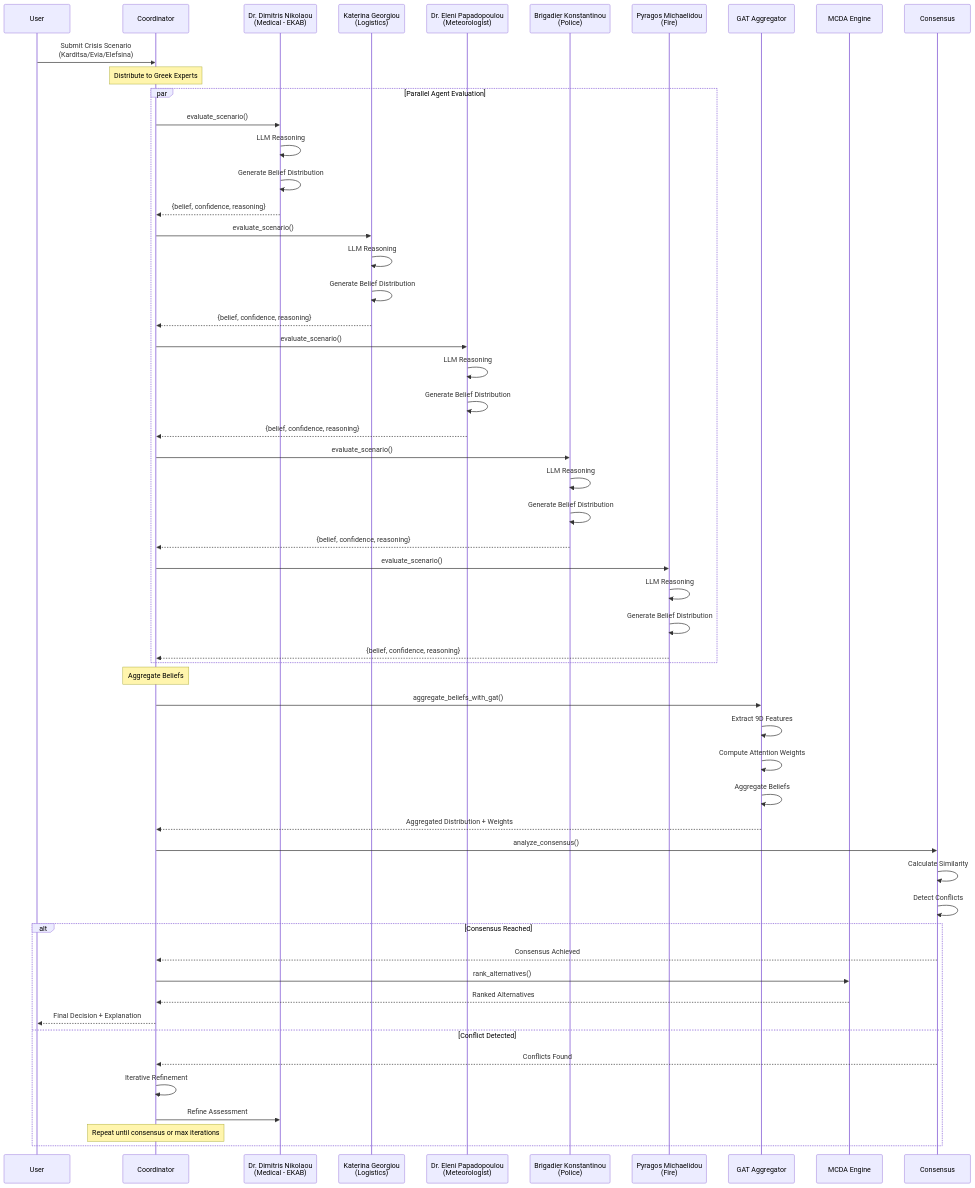
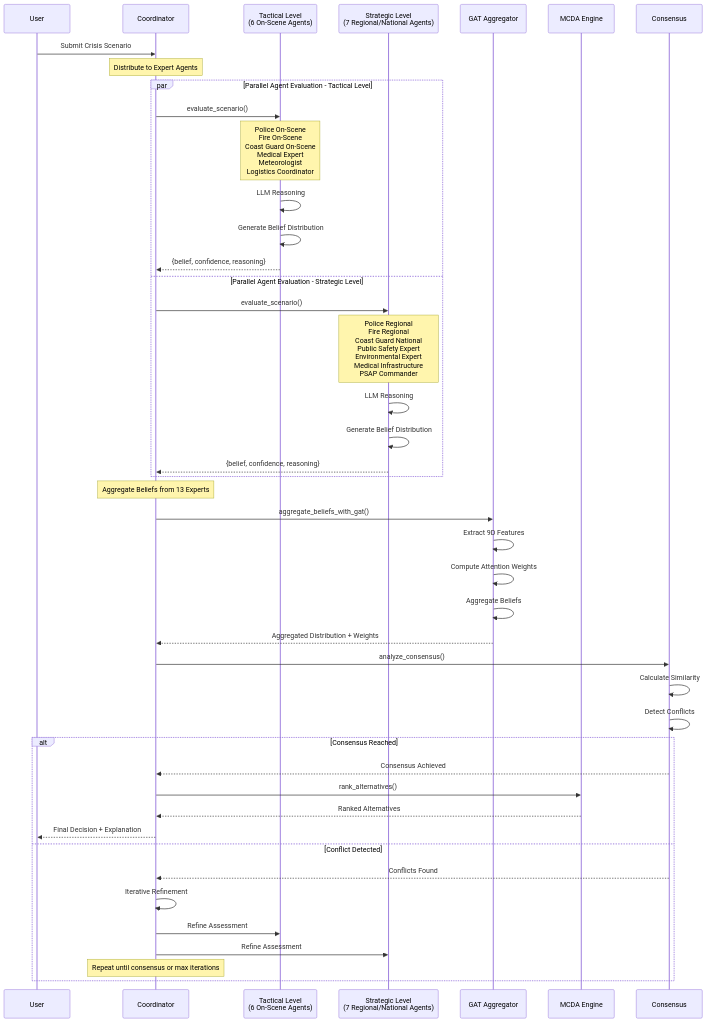
The second of 12 diagrams in ARCHITECTURE_DIAGRAMS.md (kerbgr/crisis_mas_poc), drawn with Mermaid before and after one commit. The commit also changed other lines of this file and 1 other file, not shown here.

Commit message:
mermaid colouring fix

````diff
--- a/ARCHITECTURE_DIAGRAMS.md
+++ b/ARCHITECTURE_DIAGRAMS.md
@@ -95,68 +113,53 @@
 ```mermaid
 sequenceDiagram
     participant User
     participant Coordinator
-    participant Medical as Dr. Dimitris Nikolaou<br/>(Medical - EKAB)
-    participant Logistics as Katerina Georgiou<br/>(Logistics)
-    participant Meteo as Dr. Eleni Papadopoulou<br/>(Meteorologist)
-    participant Police as Brigadier Konstantinou<br/>(Police)
-    participant Fire as Pyragos Michaelidou<br/>(Fire)
+    participant Tactical as Tactical Level<br/>(6 On-Scene Agents)
+    participant Strategic as Strategic Level<br/>(7 Regional/National Agents)
     participant GAT as GAT Aggregator
     participant MCDA as MCDA Engine
     participant Consensus
 
-    User->>Coordinator: Submit Crisis Scenario<br/>(Karditsa/Evia/Elefsina)
+    User->>Coordinator: Submit Crisis Scenario
 
-    Note over Coordinator: Distribute to Greek Experts
+    Note over Coordinator: Distribute to Expert Agents
 
-    par Parallel Agent Evaluation
-        Coordinator->>Medical: evaluate_scenario()
-        Medical->>Medical: LLM Reasoning
-        Medical->>Medical: Generate Belief Distribution
-        Medical-->>Coordinator: {belief, confidence, reasoning}
-
-        Coordinator->>Logistics: evaluate_scenario()
-        Logistics->>Logistics: LLM Reasoning
-        Logistics->>Logistics: Generate Belief Distribution
-        Logistics-->>Coordinator: {belief, confidence, reasoning}
-
-        Coordinator->>Meteo: evaluate_scenario()
-        Meteo->>Meteo: LLM Reasoning
-        Meteo->>Meteo: Generate Belief Distribution
-        Meteo-->>Coordinator: {belief, confidence, reasoning}
-
-        Coordinator->>Police: evaluate_scenario()
-        Police->>Police: LLM Reasoning
-        Police->>Police: Generate Belief Distribution
-        Police-->>Coordinator: {belief, confidence, reasoning}
-
-        Coordinator->>Fire: evaluate_scenario()
-        Fire->>Fire: LLM Reasoning
-        Fire->>Fire: Generate Belief Distribution
-        Fire-->>Coordinator: {belief, confidence, reasoning}
+    par Parallel Agent Evaluation - Tactical Level
+        Coordinator->>Tactical: evaluate_scenario()
+        Note over Tactical: Police On-Scene<br/>Fire On-Scene<br/>Coast Guard On-Scene<br/>Medical Expert<br/>Meteorologist<br/>Logistics Coordinator
+        Tactical->>Tactical: LLM Reasoning
+        Tactical->>Tactical: Generate Belief Distribution
+        Tactical-->>Coordinator: {belief, confidence, reasoning}
+    and Parallel Agent Evaluation - Strategic Level
+        Coordinator->>Strategic: evaluate_scenario()
+        Note over Strategic: Police Regional<br/>Fire Regional<br/>Coast Guard National<br/>Public Safety Expert<br/>Environmental Expert<br/>Medical Infrastructure<br/>PSAP Commander
+        Strategic->>Strategic: LLM Reasoning
+        Strategic->>Strategic: Generate Belief Distribution
+        Strategic-->>Coordinator: {belief, confidence, reasoning}
     end
 
-    Note over Coordinator: Aggregate Beliefs
+    Note over Coordinator: Aggregate Beliefs from 13 Experts
 
     Coordinator->>GAT: aggregate_beliefs_with_gat()
     GAT->>GAT: Extract 9D Features
     GAT->>GAT: Compute Attention Weights
     GAT->>GAT: Aggregate Beliefs
     GAT-->>Coordinator: Aggregated Distribution + Weights
 
     Coordinator->>Consensus: analyze_consensus()
     Consensus->>Consensus: Calculate Similarity
     Consensus->>Consensus: Detect Conflicts
 
     alt Consensus Reached
         Consensus-->>Coordinator: Consensus Achieved
         Coordinator->>MCDA: rank_alternatives()
         MCDA-->>Coordinator: Ranked Alternatives
         Coordinator-->>User: Final Decision + Explanation
     else Conflict Detected
         Consensus-->>Coordinator: Conflicts Found
         Coordinator->>Coordinator: Iterative Refinement
-        Coordinator->>Medical: Refine Assessment
+        Coordinator->>Tactical: Refine Assessment
+        Coordinator->>Strategic: Refine Assessment
         Note over Coordinator: Repeat until consensus or max iterations
     end
 ```
````
